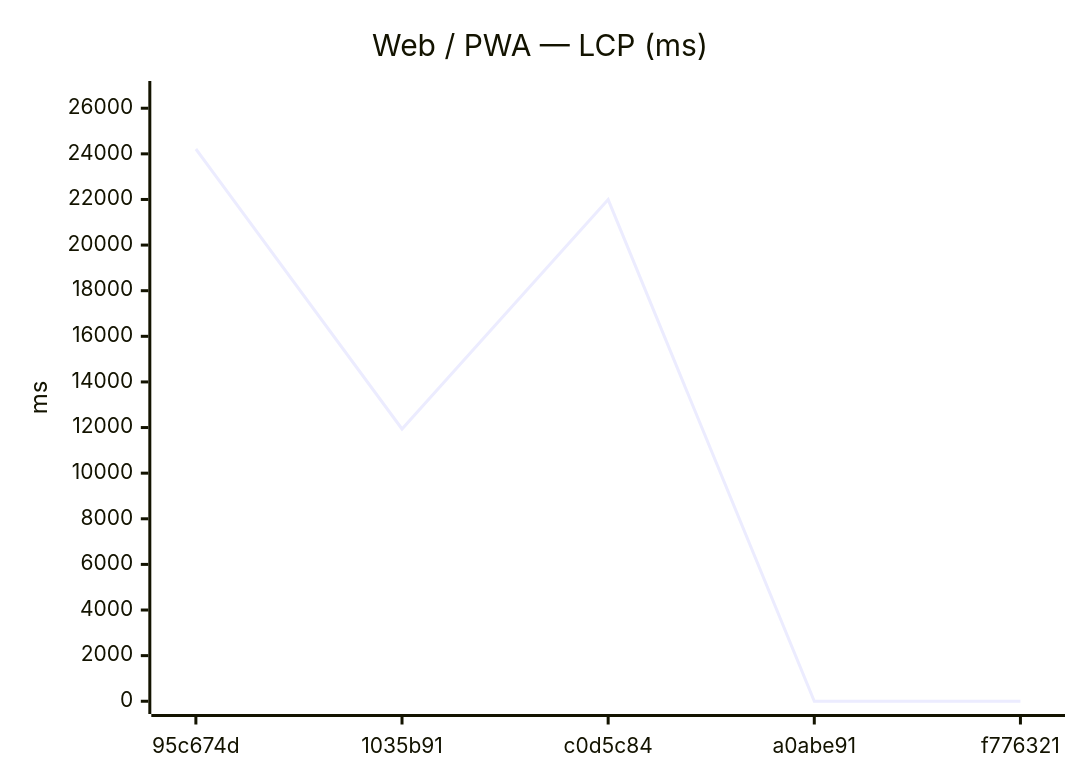
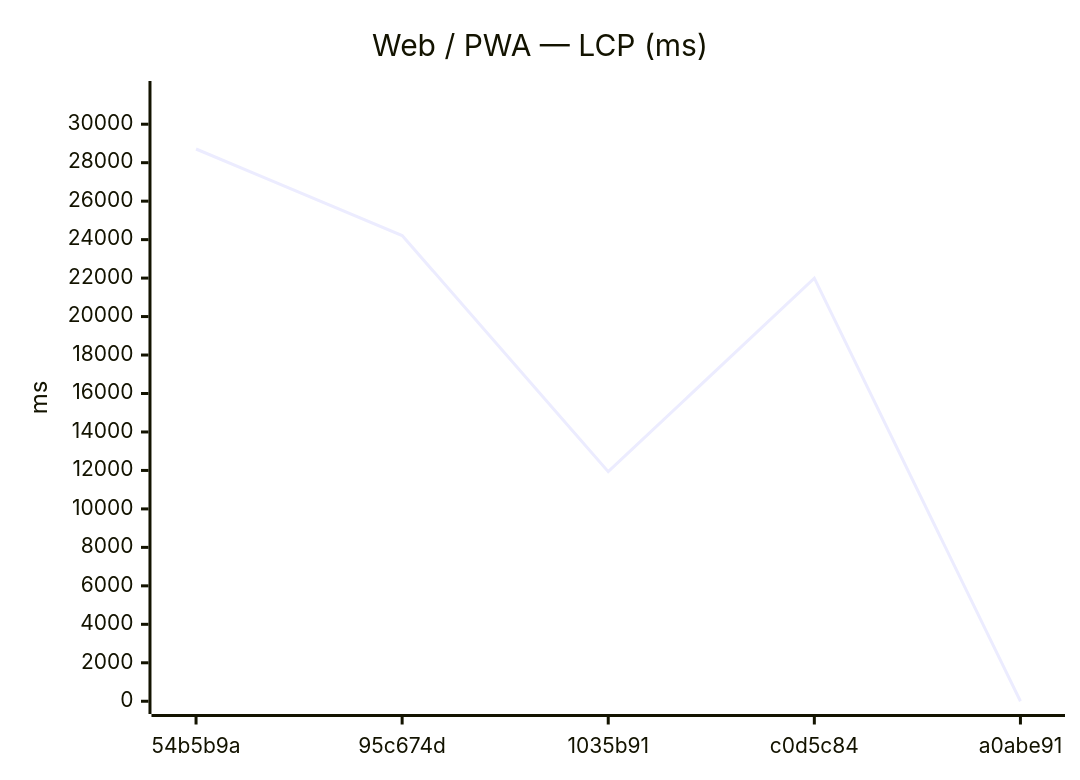
One commit to Metaheurist/Rianell changed the seventh of 18 diagrams in benchmarks/compare.md. Above: the diagram before and after it, drawn with Mermaid. The commit also changed other lines of this file and 11 other files, not shown here.

````diff
--- a/benchmarks/compare.md
+++ b/benchmarks/compare.md
@@ -117,7 +117,7 @@
 ```mermaid
 xychart-beta
     title "Web / PWA — LCP (ms)"
-    x-axis ["95c674d", "1035b91", "c0d5c84", "a0abe91", "f776321"]
-    y-axis "ms" 0 --> 26635
-    line [24213, 11936, 21994, 0, 0]
+    x-axis ["54b5b9a", "95c674d", "1035b91", "c0d5c84", "a0abe91"]
+    y-axis "ms" 0 --> 31584
+    line [28712, 24213, 11936, 21994, 0]
 ```
````
